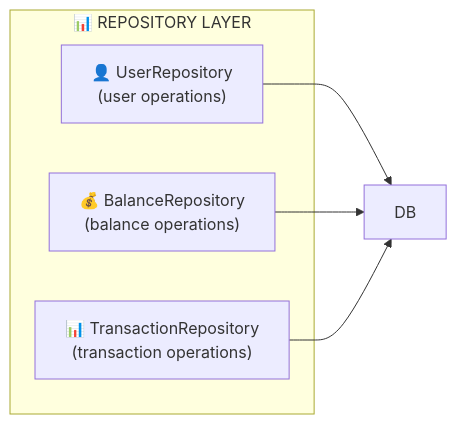
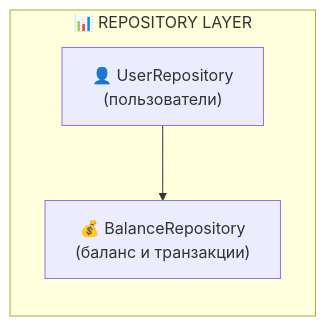
The sixth of 15 diagrams in docs/ARCHITECTURE.md (neKamita/Mirza-Telegram-Shop-Bot), drawn with Mermaid before and after one commit. The commit also changed other lines of this file and 7 other files, not shown here.

````diff
--- a/docs/ARCHITECTURE.md
+++ b/docs/ARCHITECTURE.md
@@ -187,12 +264,9 @@
 ```mermaid
 graph LR
     subgraph "📊 REPOSITORY LAYER"
-        UR["👤 UserRepository<br/>(user operations)"]
-        BR["💰 BalanceRepository<br/>(balance operations)"]
-        TR["📊 TransactionRepository<br/>(transaction operations)"]
+        UR["👤 UserRepository<br/>(пользователи)"]
+        BR["💰 BalanceRepository<br/>(баланс и транзакции)"]
     end
-    
-    UR --> DB
-    BR --> DB
-    TR --> DB
+
+    UR --> BR
 ```
````
